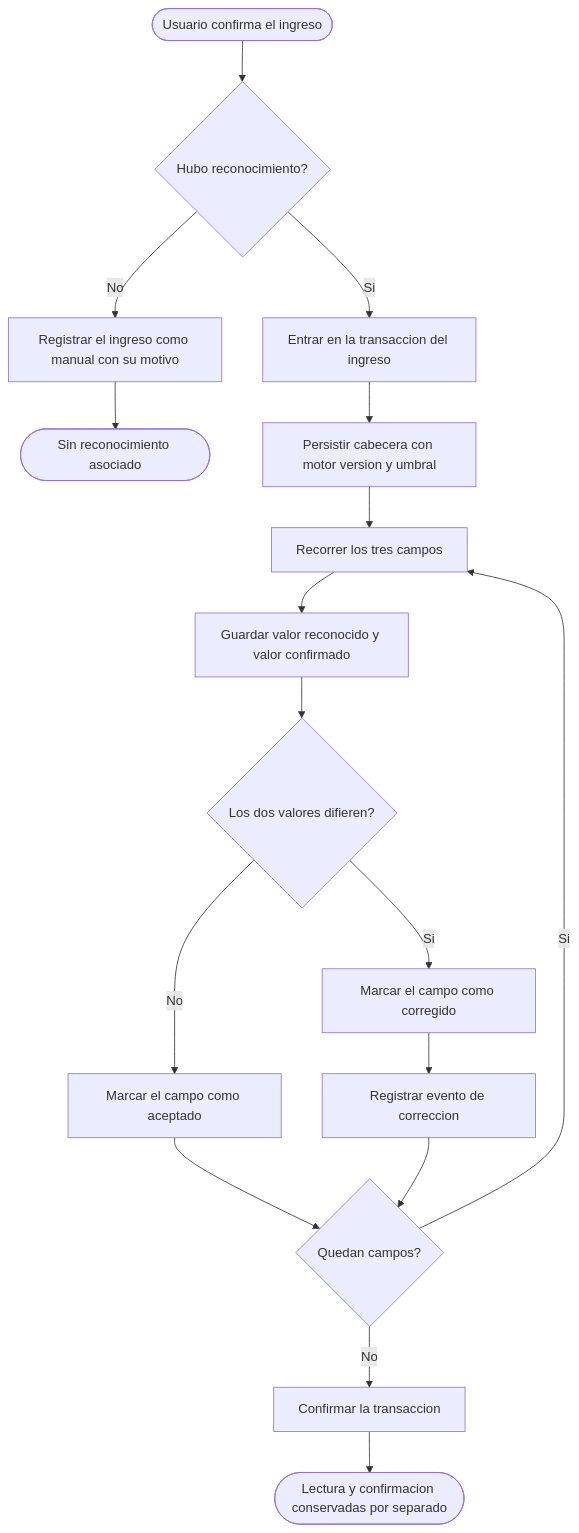
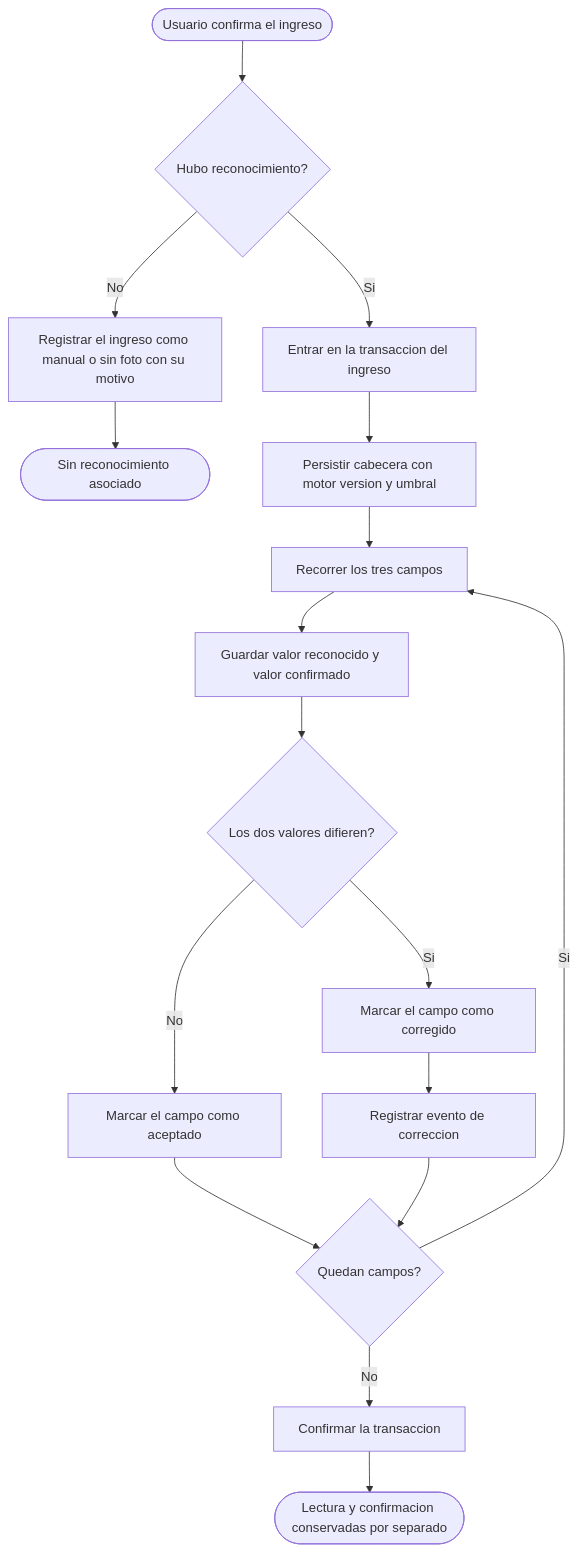
Before and after one commit to adlerOmonte1/LogisticaMinera: the second of 3 diagrams in docs/modulos/M04-reconocimiento/diagramas/actividades.md, drawn with Mermaid. The commit also changed 3 other files, not shown here.

First line of the commit message:
docs(reconocimiento): Ajusta M04 al registro sin foto

````diff
--- a/docs/modulos/M04-reconocimiento/diagramas/actividades.md
+++ b/docs/modulos/M04-reconocimiento/diagramas/actividades.md
@@ -33,19 +33,19 @@
 ```mermaid
 flowchart TD
     I([Usuario confirma el ingreso]) --> D1{Hubo reconocimiento?}
-    D1 -->|No| A1[Registrar el ingreso como manual con su motivo]
+    D1 -->|No| A1[Registrar el ingreso como manual o sin foto con su motivo]
     A1 --> F1([Sin reconocimiento asociado])
     D1 -->|Si| T1[Entrar en la transaccion del ingreso]
     T1 --> P1[Persistir cabecera con motor version y umbral]
     P1 --> C1[Recorrer los tres campos]
     C1 --> P2[Guardar valor reconocido y valor confirmado]
     P2 --> D2{Los dos valores difieren?}
     D2 -->|Si| A2[Marcar el campo como corregido]
     D2 -->|No| A3[Marcar el campo como aceptado]
     A2 --> P3[Registrar evento de correccion]
     A3 --> C2{Quedan campos?}
     P3 --> C2
     C2 -->|Si| C1
     C2 -->|No| T2[Confirmar la transaccion]
     T2 --> F2([Lectura y confirmacion conservadas por separado])
 ```
````
